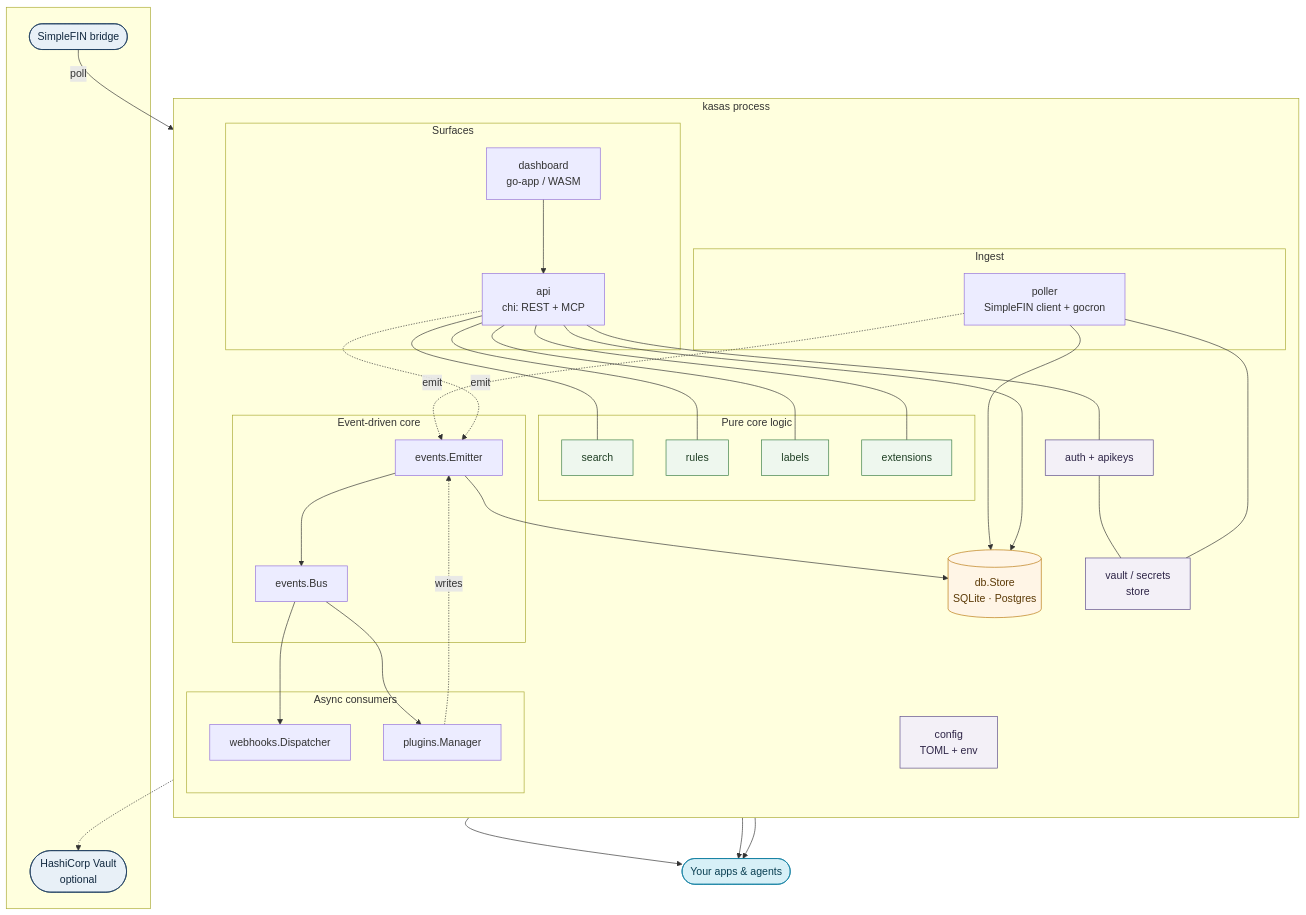
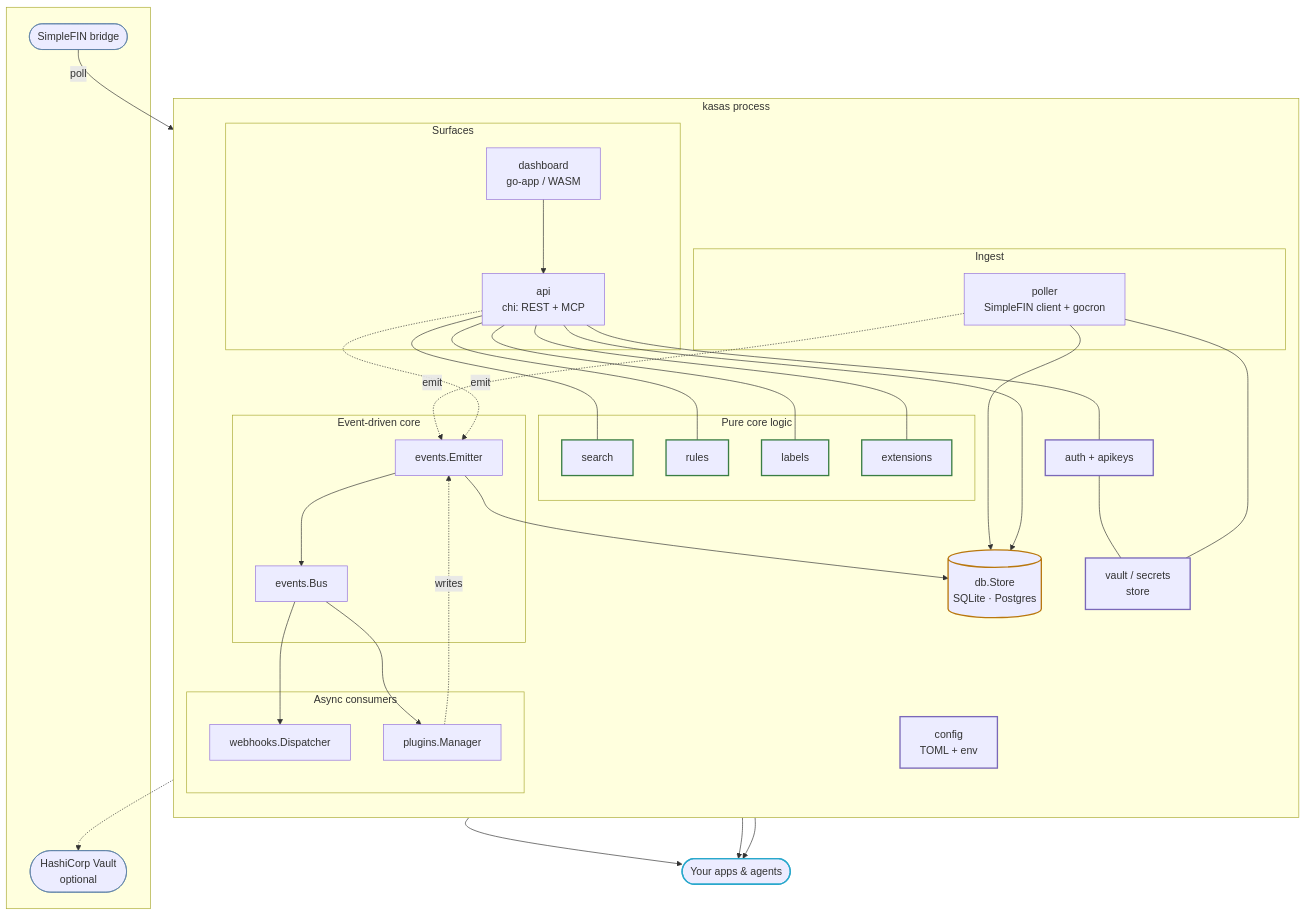
The first of 4 diagrams in docs/architecture/overview.md (paulmeier/kasas), drawn with Mermaid before and after one commit. The commit also changed 3 other files, not shown here.

First line of the commit message:
docs: fix dark-mode readability of Mermaid diagram nodes

````diff
--- a/docs/architecture/overview.md
+++ b/docs/architecture/overview.md
@@ -10,72 +10,72 @@
 ```mermaid
 flowchart TB
     subgraph ext[" "]
         SF([SimpleFIN bridge]):::ext
         VAULT([HashiCorp Vault<br/>optional]):::ext
     end
 
     subgraph proc["kasas process"]
         direction TB
 
         CFG[config<br/>TOML + env]:::infra
         SEC[vault / secrets<br/>store]:::infra
 
         subgraph ingest["Ingest"]
             POLL[poller<br/>SimpleFIN client + gocron]
         end
 
         STORE[(db.Store<br/>SQLite · Postgres)]:::data
 
         subgraph core["Pure core logic"]
             SEARCH[search]:::pure
             RULES[rules]:::pure
             LABELS[labels]:::pure
             EXT[extensions]:::pure
         end
 
         subgraph evt["Event-driven core"]
             EMIT[events.Emitter]
             BUS[events.Bus]
             EMIT --> BUS
         end
 
         subgraph surfaces["Surfaces"]
             API[api<br/>chi: REST + MCP]
             DASH[dashboard<br/>go-app / WASM]
         end
 
         subgraph consumers["Async consumers"]
             WH[webhooks.Dispatcher]
             PL[plugins.Manager]
         end
 
         AUTH[auth + apikeys]:::infra
     end
 
     APPS([Your apps & agents]):::apps
 
     SF -->|poll| POLL
     POLL --> STORE
     POLL -. emit .-> EMIT
     API --> STORE
     API -. emit .-> EMIT
     API --- SEARCH & RULES & LABELS & EXT
     API --- AUTH
     DASH --> API
     EMIT --> STORE
     BUS --> WH
     BUS --> PL
     PL -. writes .-> EMIT
     SEC -.-> VAULT
     AUTH --- SEC
     POLL --- SEC
     API --> APPS
     WH --> APPS
     PL --> APPS
 
-    classDef ext fill:#e8f0f7,stroke:#1b3a5e,color:#11283f;
-    classDef apps fill:#d7f0f7,stroke:#0e7da0,color:#0a3f52;
-    classDef data fill:#fff5e6,stroke:#b9770e,color:#5b3a06;
-    classDef pure fill:#eef7ee,stroke:#3a7d44,color:#1f3f24;
-    classDef infra fill:#f3f0f7,stroke:#5b4b8a,color:#2e2547;
+    classDef ext stroke:#5b7fa6,stroke-width:1px;
+    classDef apps stroke:#29a8cc,stroke-width:2px;
+    classDef data stroke:#b9770e,stroke-width:2px;
+    classDef pure stroke:#3a7d44,stroke-width:2px;
+    classDef infra stroke:#7a68b8,stroke-width:2px;
 ```
````
